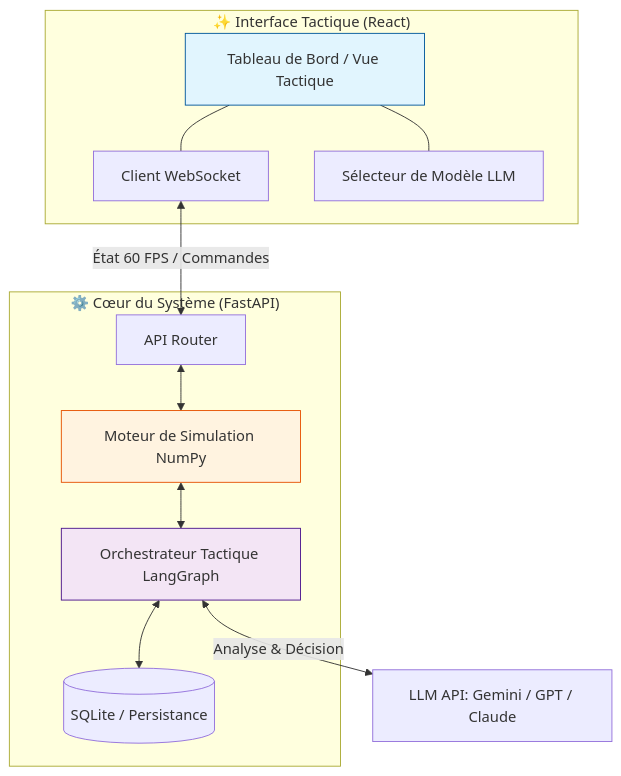
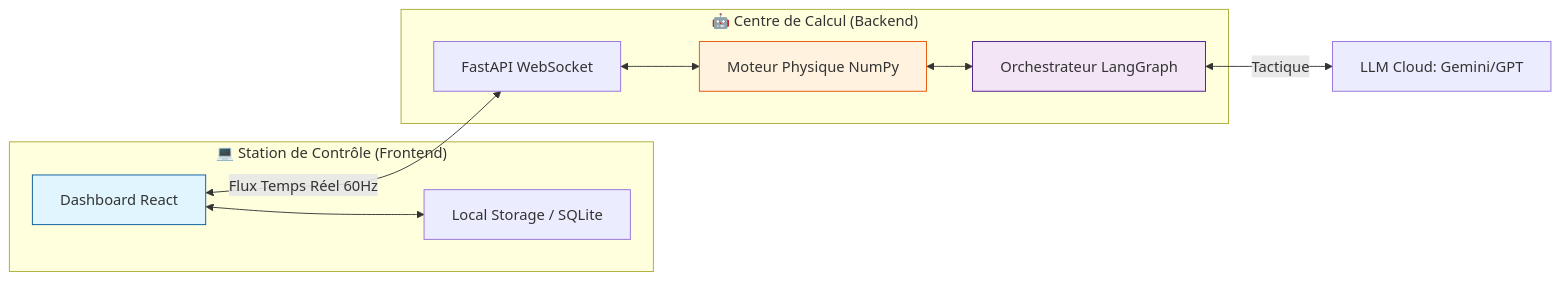
The first of 2 diagrams in README.md (dagornc/EssaimDrones), drawn with Mermaid before and after one commit. The commit also changed other lines of this file, not shown here.

Commit message:
docs: finalize comprehensive README with all sections and diagrams

````diff
--- a/README.md
+++ b/README.md
@@ -17,28 +52,24 @@
 ```mermaid
-graph TD
-    subgraph "✨ Interface Tactique (React)"
-        UI[Tableau de Bord / Vue Tactique]
-        WS_C[Client WebSocket]
-        LLM_S[Sélecteur de Modèle LLM]
-        UI --- WS_C
-        UI --- LLM_S
+graph LR
+    subgraph "💻 Station de Contrôle (Frontend)"
+        GUI[Dashboard React]
+        Store[Local Storage / SQLite]
+        GUI <--> Store
     end
 
-    subgraph "⚙️ Cœur du Système (FastAPI)"
-        API[API Router]
-        SIM[Moteur de Simulation NumPy]
-        AGENT[Orchestrateur Tactique LangGraph]
-        DB[(SQLite / Persistance)]
+    subgraph "🤖 Centre de Calcul (Backend)"
+        API[FastAPI WebSocket]
+        SIM[Moteur Physique NumPy]
+        AGENT[Orchestrateur LangGraph]
         
         API <--> SIM
         SIM <--> AGENT
-        AGENT <--> DB
     end
 
-    WS_C <-->|État 60 FPS / Commandes| API
-    AGENT <-->|Analyse & Décision| LLM_API[LLM API: Gemini / GPT / Claude]
+    GUI <-->|Flux Temps Réel 60Hz| API
+    AGENT <-->|Tactique| LLM[LLM Cloud: Gemini/GPT]
 
-    style UI fill:#e1f5fe,stroke:#01579b
+    style GUI fill:#e1f5fe,stroke:#01579b
     style SIM fill:#fff3e0,stroke:#e65100
     style AGENT fill:#f3e5f5,stroke:#4a148c
 ```
````
